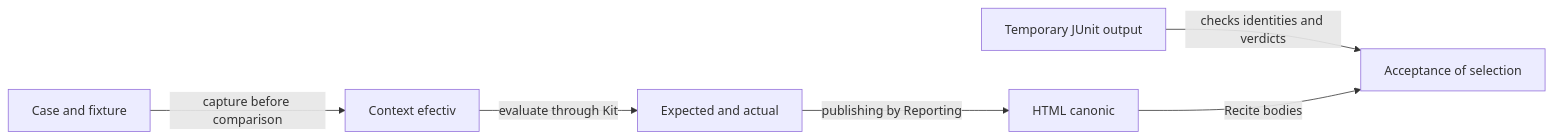
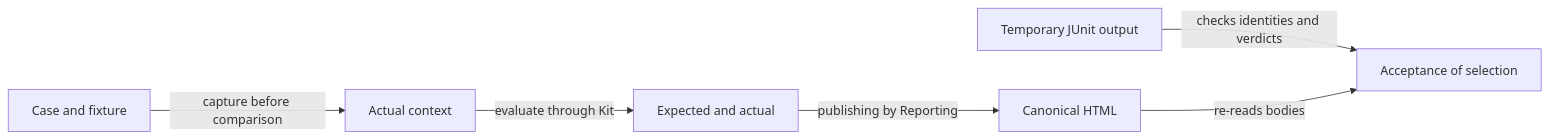
Before and after one commit to crististefanita/atf_j4: the diagram in whist-lab-app/test-audit/README.md, drawn with Mermaid. The commit also changed other lines of this file and 126 other files, not shown here.

````diff
--- a/whist-lab-app/test-audit/README.md
+++ b/whist-lab-app/test-audit/README.md
@@ -9,8 +9,8 @@
 ```mermaid
 flowchart LR
-    CASE[Case and fixture] -->|capture before comparison| INPUT[Context efectiv]
+    CASE[Case and fixture] -->|capture before comparison| INPUT[Actual context]
     INPUT -->|evaluate through Kit| CHECK[Expected and actual]
-    CHECK -->|publishing by Reporting| HTML[HTML canonic]
+    CHECK -->|publishing by Reporting| HTML[Canonical HTML]
     XML[Temporary JUnit output] -->|checks identities and verdicts| VERIFY[Acceptance of selection]
-    HTML -->|Recite bodies| VERIFY
+    HTML -->|re-reads bodies| VERIFY
 ```
````
